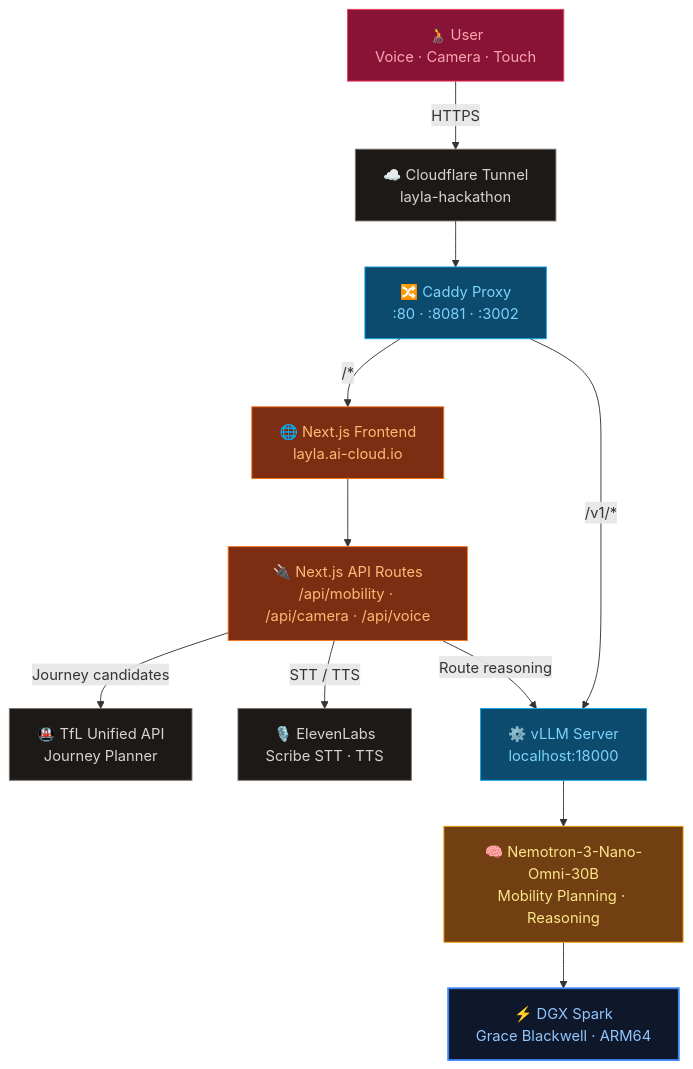
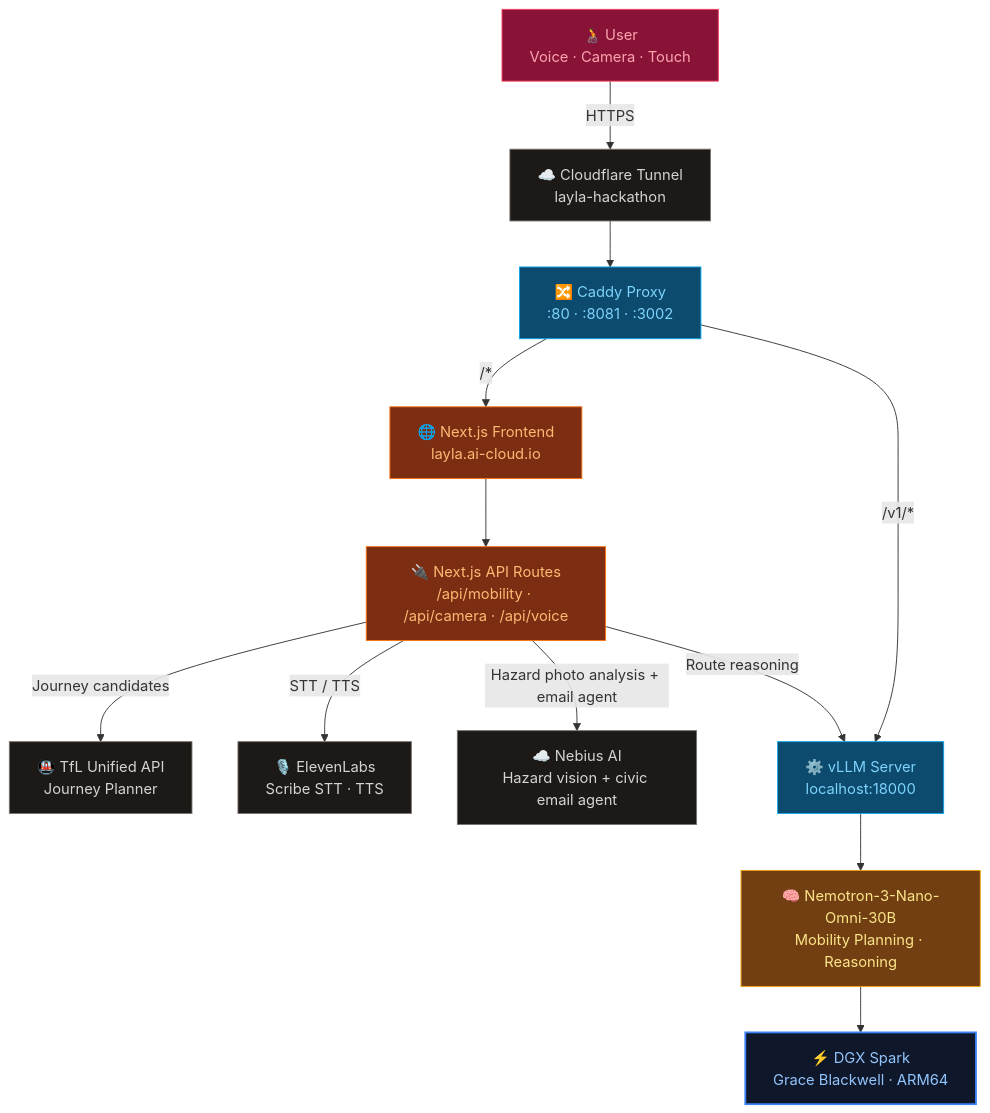
The first of 3 diagrams in README.md (hjklasdfg/layla), drawn with Mermaid before and after one commit.

Commit message:
README.md: articulating Nebius API vs DGX Spark usage.

````diff
--- a/README.md
+++ b/README.md
@@ -18,31 +18,33 @@
 ```mermaid
 flowchart TB
     USER["🧑‍🦽 User<br/>Voice · Camera · Touch"]:::ui
     FE["🌐 Next.js Frontend<br/>layla.ai-cloud.io"]:::app
     APIS["🔌 Next.js API Routes<br/>/api/mobility · /api/camera · /api/voice"]:::app
     TFL["🚇 TfL Unified API<br/>Journey Planner"]:::external
     EL["🎙️ ElevenLabs<br/>Scribe STT · TTS"]:::external
+    NEB["☁️ Nebius AI<br/>Hazard vision + civic email agent"]:::external
     NEM["🧠 Nemotron-3-Nano-Omni-30B<br/>Mobility Planning · Reasoning"]:::model
     VLLM["⚙️ vLLM Server<br/>localhost:18000"]:::runtime
     CADDY["🔀 Caddy Proxy<br/>:80 · :8081 · :3002"]:::runtime
     CF["☁️ Cloudflare Tunnel<br/>layla-hackathon"]:::external
     DGX["⚡ DGX Spark<br/>Grace Blackwell · ARM64"]:::hw
 
     USER -->|HTTPS| CF
     CF --> CADDY
     CADDY -->|"/*"| FE
     CADDY -->|"/v1/*"| VLLM
     FE --> APIS
     APIS -->|Journey candidates| TFL
     APIS -->|STT / TTS| EL
+    APIS -->|Hazard photo analysis + email agent| NEB
     APIS -->|Route reasoning| VLLM
     VLLM --> NEM
     NEM --> DGX
 
     classDef hw      fill:#0f172a,color:#93c5fd,stroke:#3b82f6,stroke-width:2px
     classDef runtime fill:#0c4a6e,color:#7dd3fc,stroke:#0ea5e9
     classDef model   fill:#713f12,color:#fde68a,stroke:#f59e0b
     classDef app     fill:#7c2d12,color:#fdba74,stroke:#f97316
     classDef ui      fill:#881337,color:#fda4af,stroke:#f43f5e
     classDef external fill:#1c1917,color:#d6d3d1,stroke:#78716c
 ```
````
